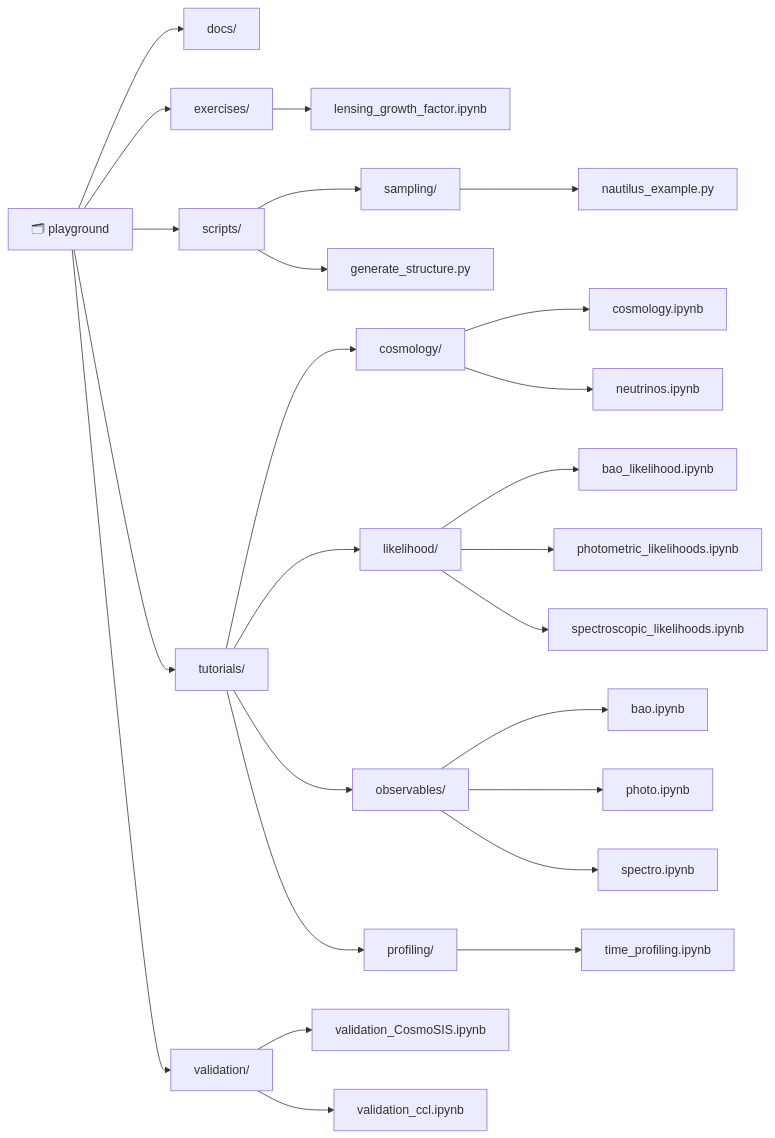
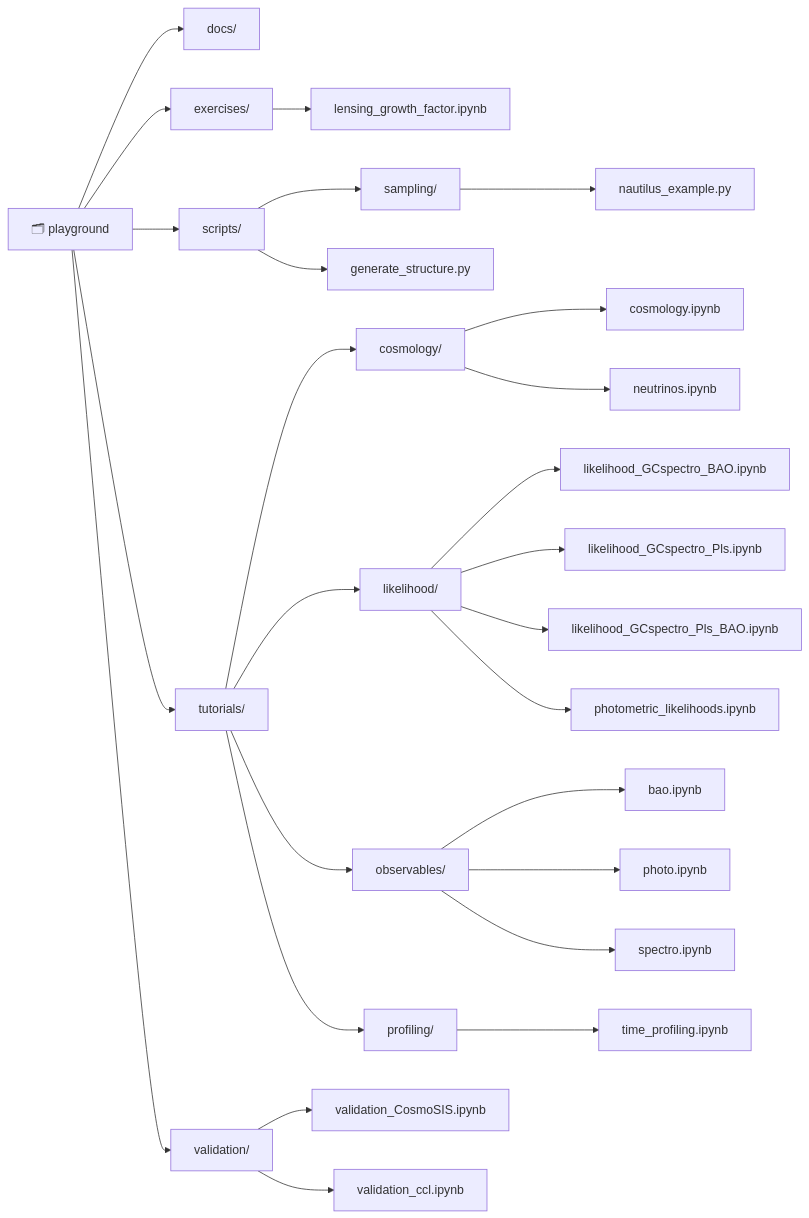
Before and after one commit to cloe-org/playground: the diagram in README.md, drawn with Mermaid. The commit also changed 3 other files, not shown here.

````diff
--- a/README.md
+++ b/README.md
@@ -42,53 +42,55 @@
 ```mermaid
 graph LR
     root[🗂 playground]
     root__docs[docs/]
     root__exercises[exercises/]
     root__exercises__lensing_growth_factor_ipynb[lensing_growth_factor.ipynb]
     root__scripts[scripts/]
     root__scripts__sampling[sampling/]
     root__scripts__sampling__nautilus_example_py[nautilus_example.py]
     root__scripts__generate_structure_py[generate_structure.py]
     root__tutorials[tutorials/]
     root__tutorials__cosmology[cosmology/]
     root__tutorials__cosmology__cosmology_ipynb[cosmology.ipynb]
     root__tutorials__cosmology__neutrinos_ipynb[neutrinos.ipynb]
     root__tutorials__likelihood[likelihood/]
-    root__tutorials__likelihood__bao_likelihood_ipynb[bao_likelihood.ipynb]
+    root__tutorials__likelihood__likelihood_GCspectro_BAO_ipynb[likelihood_GCspectro_BAO.ipynb]
+    root__tutorials__likelihood__likelihood_GCspectro_Pls_ipynb[likelihood_GCspectro_Pls.ipynb]
+    root__tutorials__likelihood__likelihood_GCspectro_Pls_BAO_ipynb[likelihood_GCspectro_Pls_BAO.ipynb]
     root__tutorials__likelihood__photometric_likelihoods_ipynb[photometric_likelihoods.ipynb]
-    root__tutorials__likelihood__spectroscopic_likelihoods_ipynb[spectroscopic_likelihoods.ipynb]
     root__tutorials__observables[observables/]
     root__tutorials__observables__bao_ipynb[bao.ipynb]
     root__tutorials__observables__photo_ipynb[photo.ipynb]
     root__tutorials__observables__spectro_ipynb[spectro.ipynb]
     root__tutorials__profiling[profiling/]
     root__tutorials__profiling__time_profiling_ipynb[time_profiling.ipynb]
     root__validation[validation/]
     root__validation__validation_CosmoSIS_ipynb[validation_CosmoSIS.ipynb]
     root__validation__validation_ccl_ipynb[validation_ccl.ipynb]
 
     root --> root__docs
     root --> root__exercises
     root__exercises --> root__exercises__lensing_growth_factor_ipynb
     root --> root__scripts
     root__scripts --> root__scripts__sampling
     root__scripts__sampling --> root__scripts__sampling__nautilus_example_py
     root__scripts --> root__scripts__generate_structure_py
     root --> root__tutorials
     root__tutorials --> root__tutorials__cosmology
     root__tutorials__cosmology --> root__tutorials__cosmology__cosmology_ipynb
     root__tutorials__cosmology --> root__tutorials__cosmology__neutrinos_ipynb
     root__tutorials --> root__tutorials__likelihood
-    root__tutorials__likelihood --> root__tutorials__likelihood__bao_likelihood_ipynb
+    root__tutorials__likelihood --> root__tutorials__likelihood__likelihood_GCspectro_BAO_ipynb
+    root__tutorials__likelihood --> root__tutorials__likelihood__likelihood_GCspectro_Pls_ipynb
+    root__tutorials__likelihood --> root__tutorials__likelihood__likelihood_GCspectro_Pls_BAO_ipynb
     root__tutorials__likelihood --> root__tutorials__likelihood__photometric_likelihoods_ipynb
-    root__tutorials__likelihood --> root__tutorials__likelihood__spectroscopic_likelihoods_ipynb
     root__tutorials --> root__tutorials__observables
     root__tutorials__observables --> root__tutorials__observables__bao_ipynb
     root__tutorials__observables --> root__tutorials__observables__photo_ipynb
     root__tutorials__observables --> root__tutorials__observables__spectro_ipynb
     root__tutorials --> root__tutorials__profiling
     root__tutorials__profiling --> root__tutorials__profiling__time_profiling_ipynb
     root --> root__validation
     root__validation --> root__validation__validation_CosmoSIS_ipynb
     root__validation --> root__validation__validation_ccl_ipynb
 ```
````
